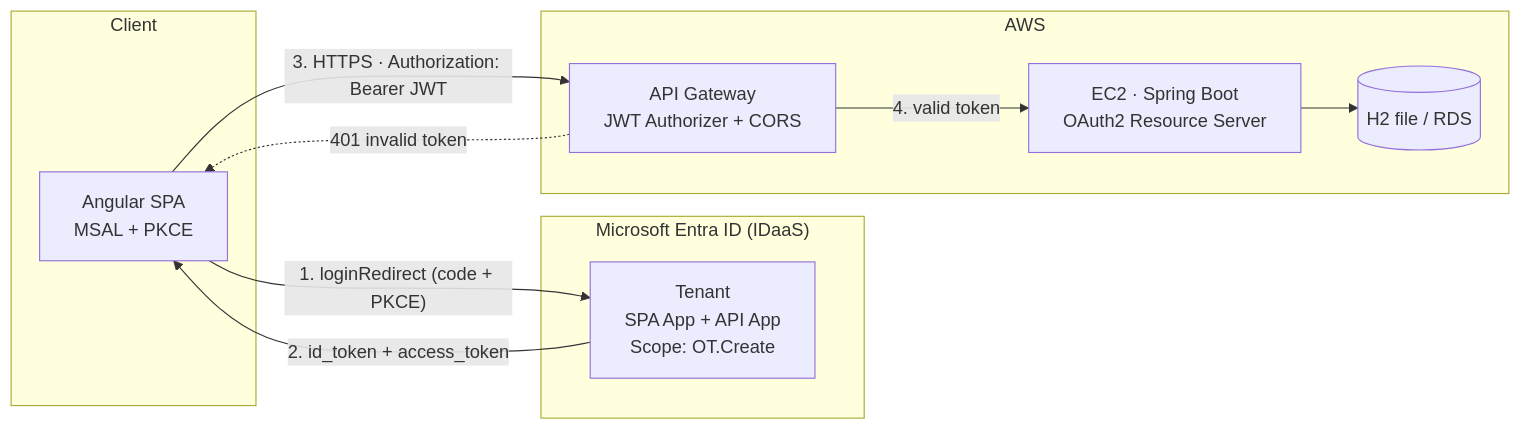
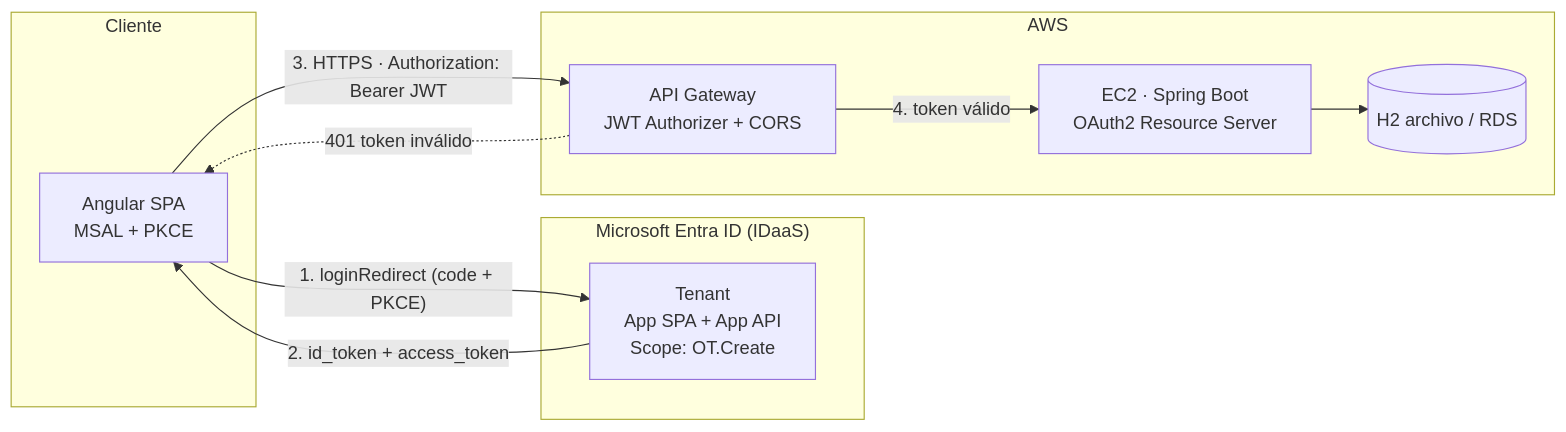
One commit to FabianOsses21/Frontend-MSAL1.3 changed the first of 3 diagrams in frontend-msal/README.md. Above: the diagram before and after it, drawn with Mermaid. The commit also changed other lines of this file, not shown here.

First line of the commit message:
docs: translate README diagrams and docs to Spanish

````diff
--- a/frontend-msal/README.md
+++ b/frontend-msal/README.md
@@ -7,20 +7,20 @@
 ```mermaid
 graph LR
-    subgraph Client
+    subgraph Cliente
         A["Angular SPA<br/>MSAL + PKCE"]
     end
     subgraph Azure["Microsoft Entra ID (IDaaS)"]
-        B["Tenant<br/>SPA App + API App<br/>Scope: OT.Create"]
+        B["Tenant<br/>App SPA + App API<br/>Scope: OT.Create"]
     end
     subgraph AWS
         C["API Gateway<br/>JWT Authorizer + CORS"]
         D["EC2 · Spring Boot<br/>OAuth2 Resource Server"]
-        E[("H2 file / RDS")]
+        E[("H2 archivo / RDS")]
     end
     A -->|"1. loginRedirect (code + PKCE)"| B
     B -->|"2. id_token + access_token"| A
     A -->|"3. HTTPS · Authorization: Bearer JWT"| C
-    C -->|"4. valid token"| D
-    C -.->|"401 invalid token"| A
+    C -->|"4. token válido"| D
+    C -.->|"401 token inválido"| A
     D --> E
 ```
````
